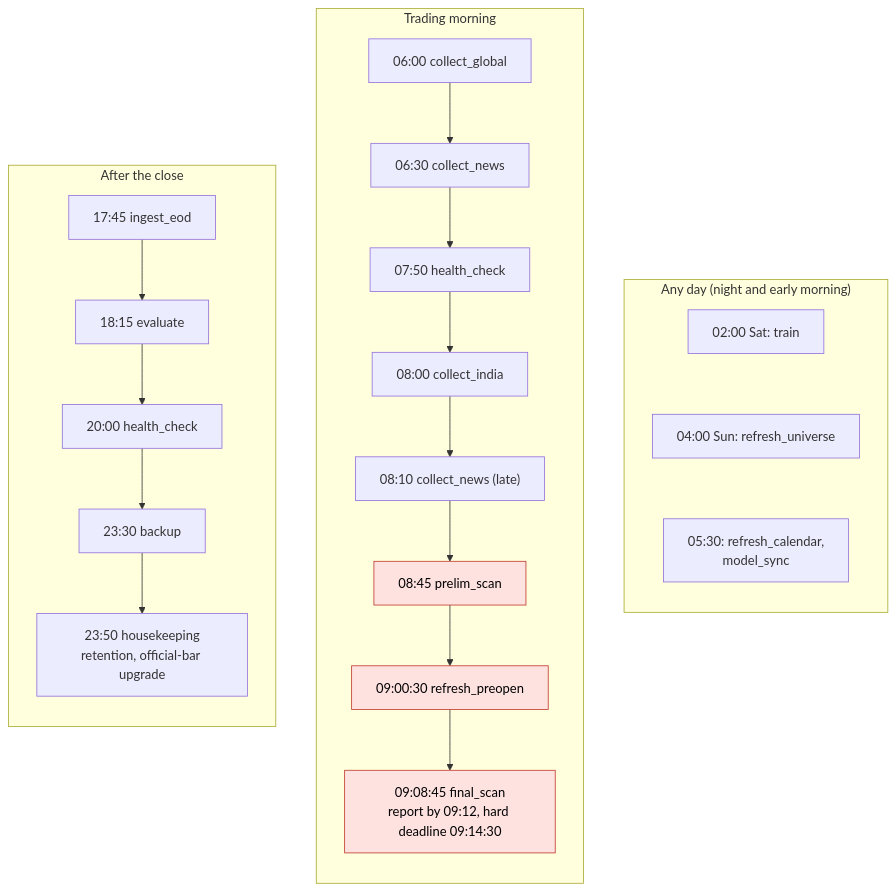
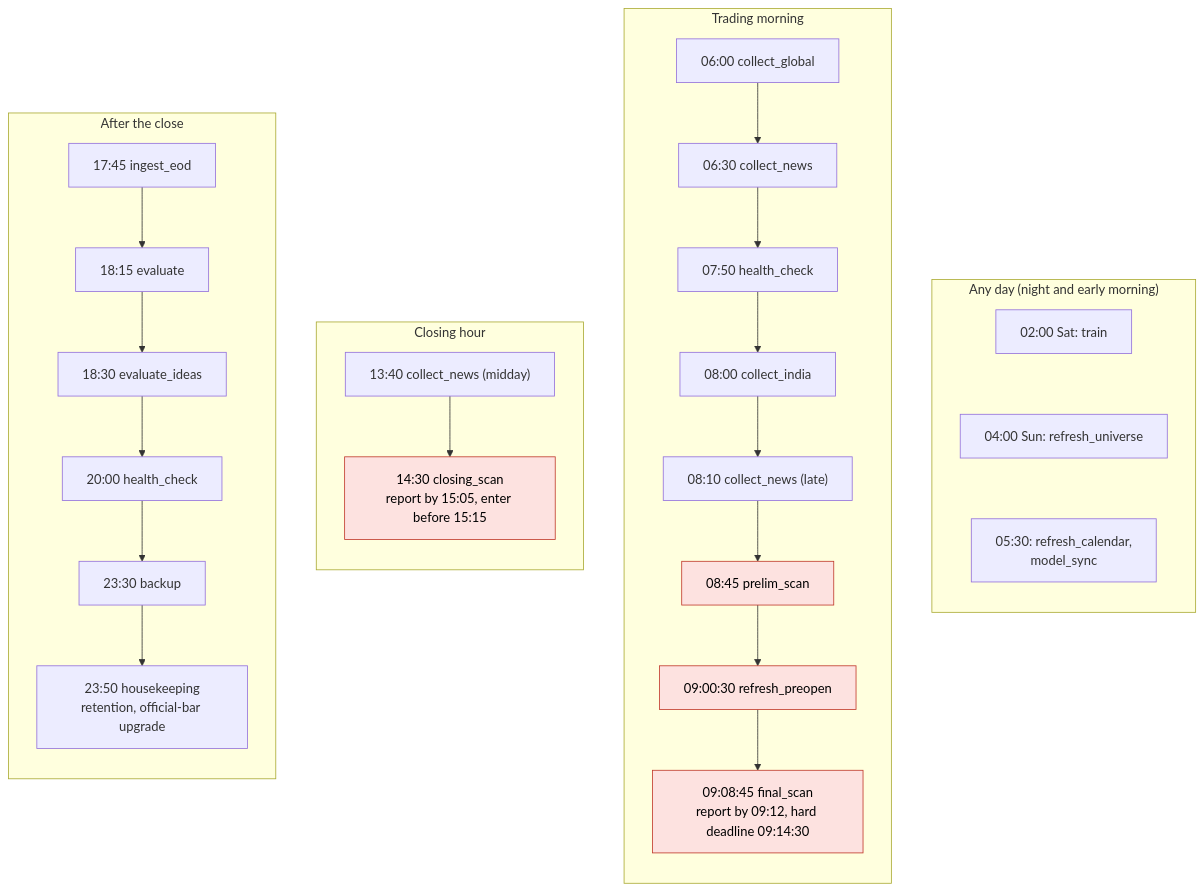
The fifth of 21 diagrams in MONSTER-AI/docs/ARCHITECTURE.md (amansoni7477030/MonsterStock_AI), drawn with Mermaid before and after one commit. The commit also changed other lines of this file and 10 other files, not shown here.

````diff
--- a/MONSTER-AI/docs/ARCHITECTURE.md
+++ b/MONSTER-AI/docs/ARCHITECTURE.md
@@ -171,26 +172,31 @@
 ```mermaid
 flowchart TB
     subgraph EARLY["Any day (night and early morning)"]
         direction TB
         N1["02:00 Sat: train"] ~~~ N2["04:00 Sun: refresh_universe"] ~~~ N3["05:30: refresh_calendar,<br/>model_sync"]
     end
     subgraph MORN["Trading morning"]
         direction TB
         M1["06:00 collect_global"] --> M2["06:30 collect_news"]
         M2 --> M3["07:50 health_check"]
         M3 --> M4["08:00 collect_india"]
         M4 --> M5["08:10 collect_news (late)"]
         M5 --> M6["08:45 prelim_scan"]
         M6 --> M7["09:00:30 refresh_preopen"]
         M7 --> M8["09:08:45 final_scan<br/>report by 09:12, hard deadline 09:14:30"]
     end
+    subgraph MID["Closing hour"]
+        direction TB
+        C1["13:40 collect_news (midday)"] --> C2["14:30 closing_scan<br/>report by 15:05, enter before 15:15"]
+    end
     subgraph EVE["After the close"]
         direction TB
         E1["17:45 ingest_eod"] --> E2["18:15 evaluate"]
-        E2 --> E3["20:00 health_check"]
+        E2 --> E2B["18:30 evaluate_ideas"]
+        E2B --> E3["20:00 health_check"]
         E3 --> E4["23:30 backup"]
         E4 --> E5["23:50 housekeeping<br/>retention, official-bar upgrade"]
     end
     classDef critical fill:#fde2e0,stroke:#c0392b,color:#000
-    class M6,M7,M8 critical
+    class M6,M7,M8,C2 critical
 ```
````
